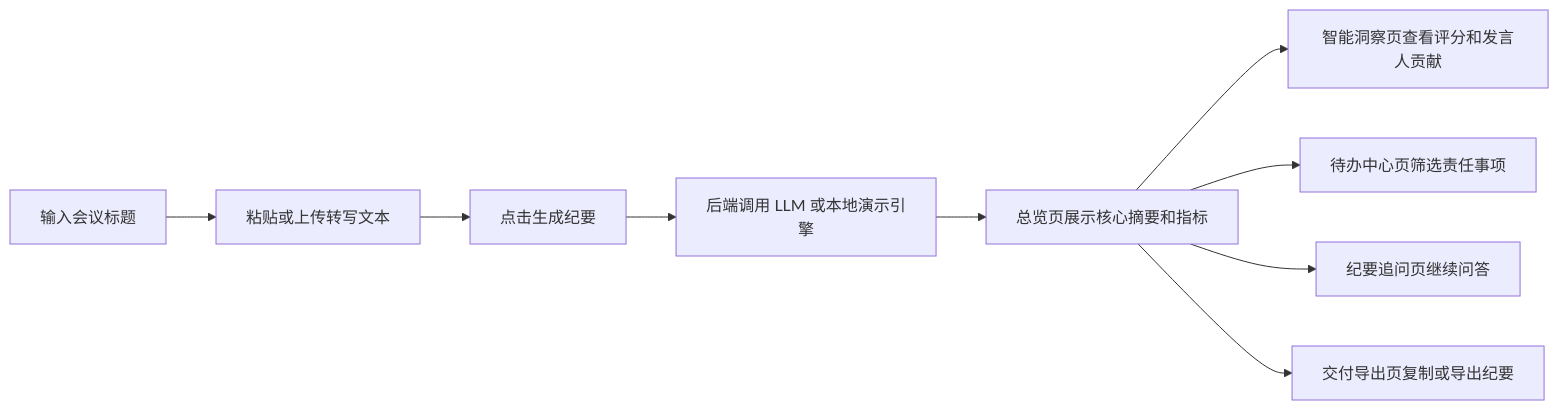
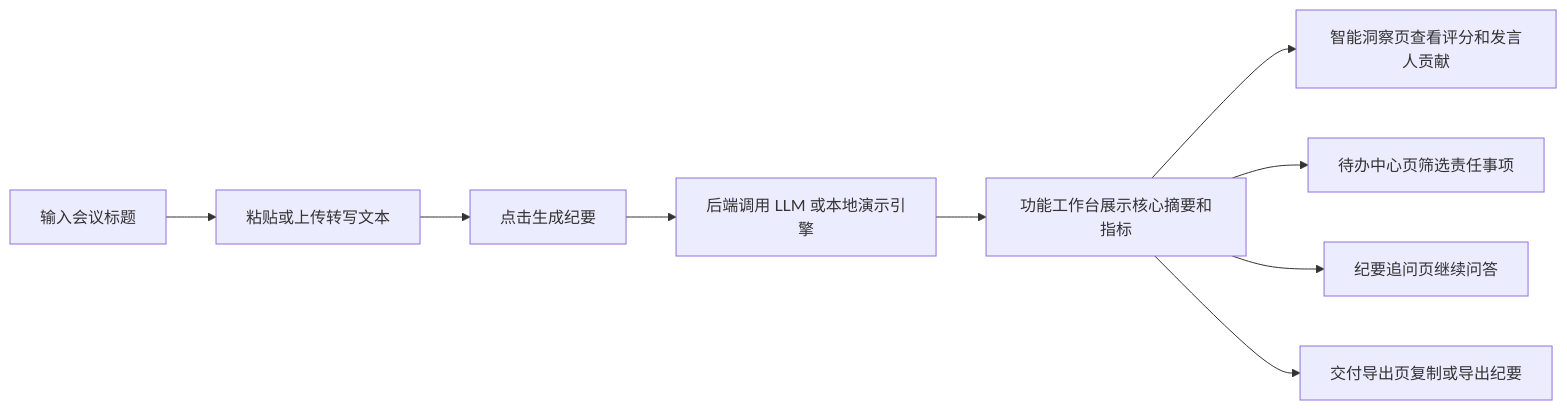
The diagram in DESIGN.md (kirk261612/-), drawn with Mermaid before and after one commit. The commit also changed other lines of this file and 6 other files, not shown here.

````diff
--- a/DESIGN.md
+++ b/DESIGN.md
@@ -38,11 +40,11 @@
 ```mermaid
 flowchart LR
   A["输入会议标题"] --> B["粘贴或上传转写文本"]
   B --> C["点击生成纪要"]
   C --> D["后端调用 LLM 或本地演示引擎"]
-  D --> E["总览页展示核心摘要和指标"]
+  D --> E["功能工作台展示核心摘要和指标"]
   E --> F["智能洞察页查看评分和发言人贡献"]
   E --> G["待办中心页筛选责任事项"]
   E --> H["纪要追问页继续问答"]
   E --> I["交付导出页复制或导出纪要"]
 ```
````
